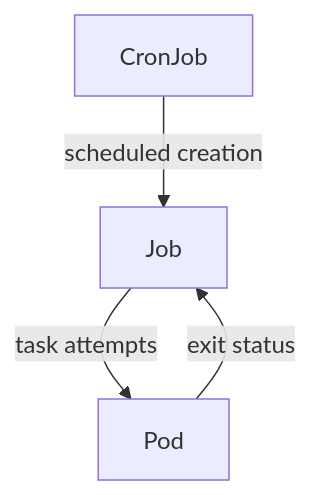
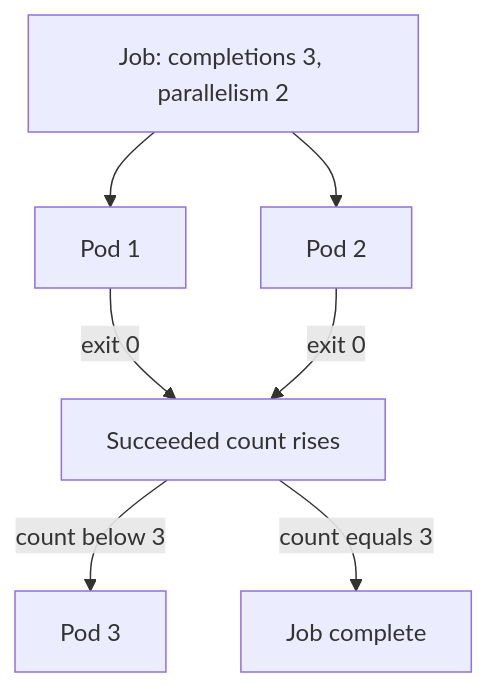
Before and after one commit to astrona-io/ATS037: the diagram in sections/section-010/module-04/course-02-completion-tasks-and-scheduled-tasks.md, drawn with Mermaid. The commit also changed other lines of this file and 332 other files, not shown here.

````diff
--- a/sections/section-010/module-04/course-02-completion-tasks-and-scheduled-tasks.md
+++ b/sections/section-010/module-04/course-02-completion-tasks-and-scheduled-tasks.md
@@ -12,6 +62,9 @@
 ```mermaid
 flowchart TB
-    C["CronJob"] -->|"scheduled creation"| J["Job"]
-    J -->|"task attempts"| P["Pod"]
-    P -->|"exit status"| J
+    J["Job: completions 3, parallelism 2"] --> P1["Pod 1"]
+    J --> P2["Pod 2"]
+    P1 -->|"exit 0"| S["Succeeded count rises"]
+    P2 -->|"exit 0"| S
+    S -->|"count below 3"| P3["Pod 3"]
+    S -->|"count equals 3"| D["Job complete"]
 ```
````
